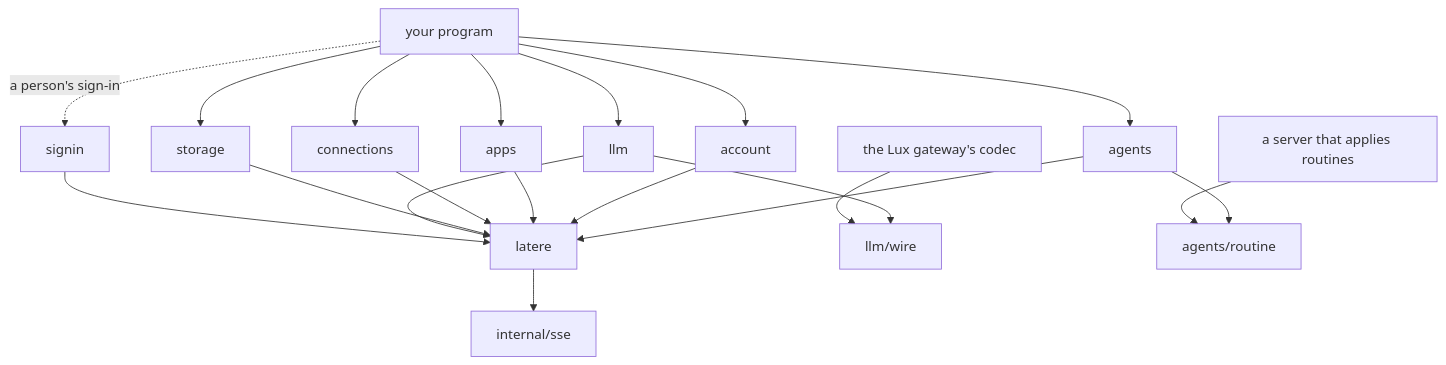
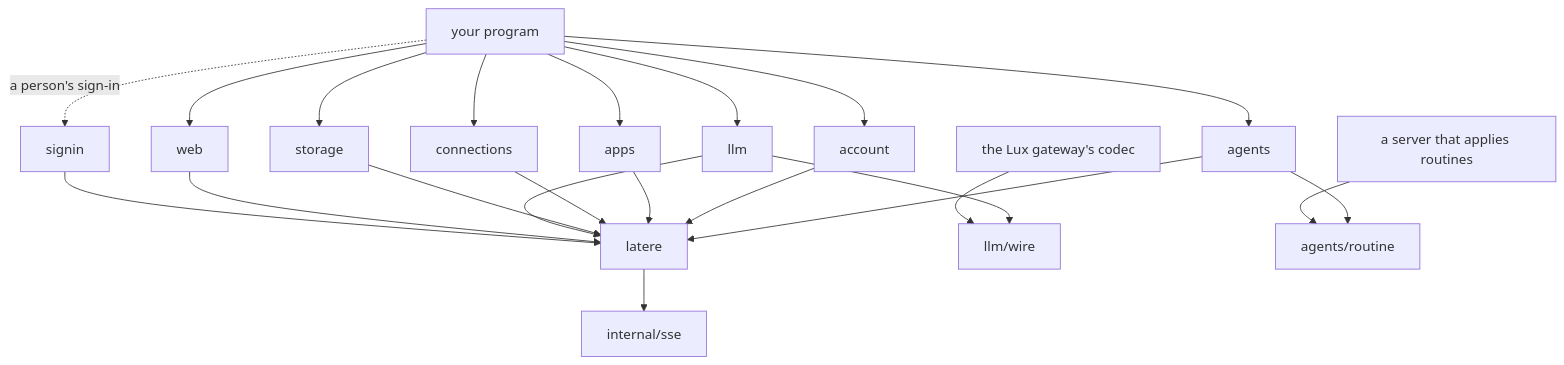
Before and after one commit to latere-ai/sdk-go: the diagram in docs/design.md, drawn with Mermaid. The commit also changed other lines of this file and 4 other files, not shown here.

````diff
--- a/docs/design.md
+++ b/docs/design.md
@@ -23,22 +23,24 @@
 ```mermaid
 flowchart TD
     agents --> latere
     account --> latere
     apps --> latere
     connections --> latere
     storage --> latere
     llm --> latere
     llm --> wire[llm/wire]
     agents --> routine[agents/routine]
+    web --> latere
     signin --> latere
     latere --> sse[internal/sse]
     app[your program] --> agents
     app --> account
     app --> apps
     app --> connections
     app --> storage
     app --> llm
+    app --> web
     app -. a person's sign-in .-> signin
     gateway[the Lux gateway's codec] --> wire
     server[a server that applies routines] --> routine
 ```
````
